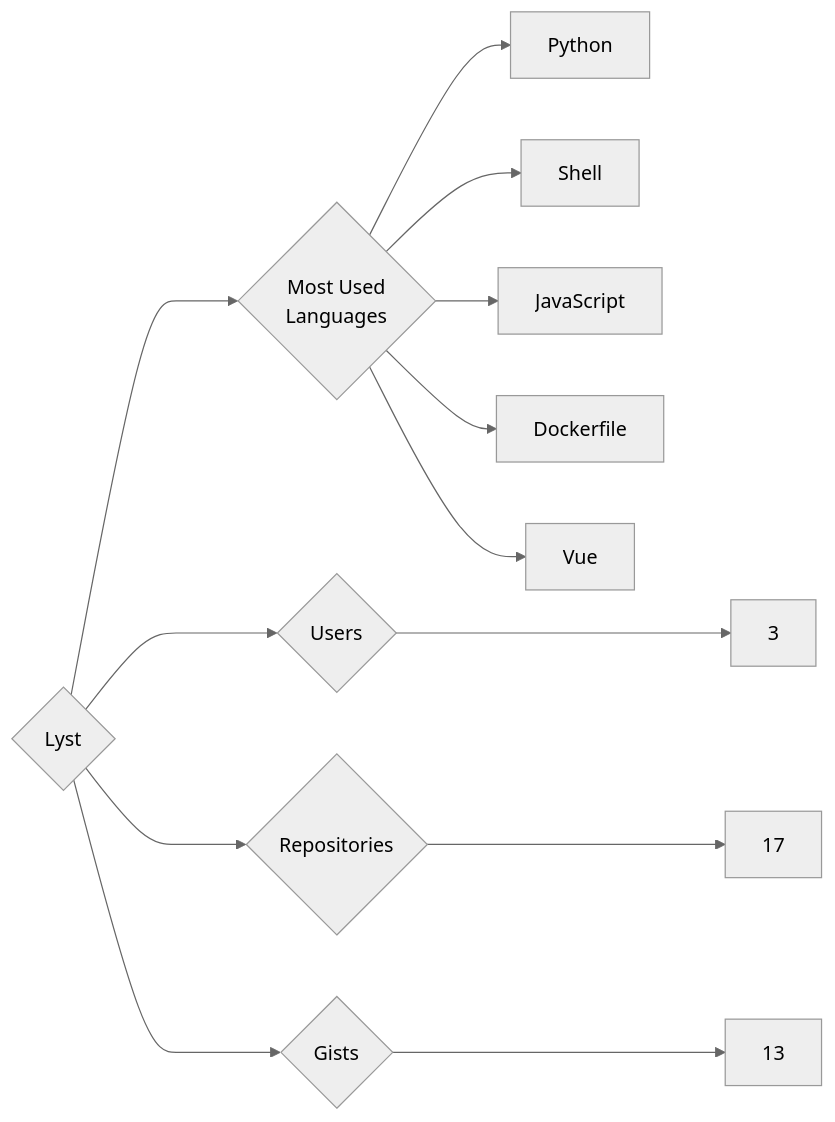
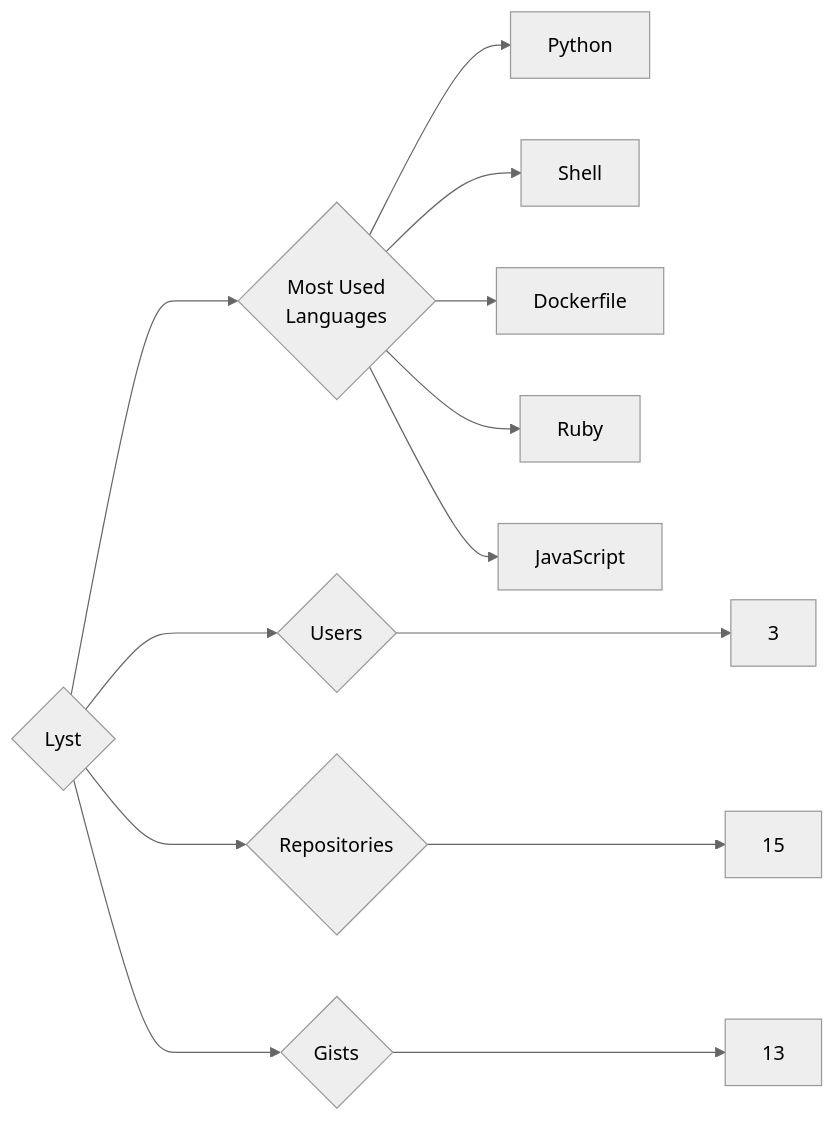
Before and after one commit to trickest/insiders: the diagram in targets/Lyst/README.md, drawn with Mermaid (neutral theme). The commit also changed 925 other files, not shown here.

````diff
--- a/targets/Lyst/README.md
+++ b/targets/Lyst/README.md
@@ -3,13 +3,13 @@
 ```mermaid
 graph LR
 COMPANY_NAME{Lyst}
 COMPANY_NAME ---> U{Users} ---> UN[3]
-COMPANY_NAME ---> R{Repositories} ---> RN[17]
+COMPANY_NAME ---> R{Repositories} ---> RN[15]
 COMPANY_NAME ---> G{Gists} ---> GN[13]
 COMPANY_NAME ---> ML{Most Used<br>Languages}
 ML --> Python[Python]
 ML --> Shell[Shell]
+ML --> Dockerfile[Dockerfile]
+ML --> Ruby[Ruby]
 ML --> JavaScript[JavaScript]
-ML --> Dockerfile[Dockerfile]
-ML --> Vue[Vue]
 ```
````
